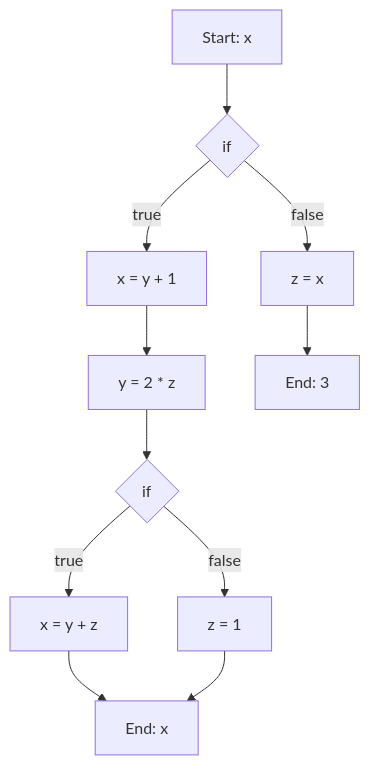
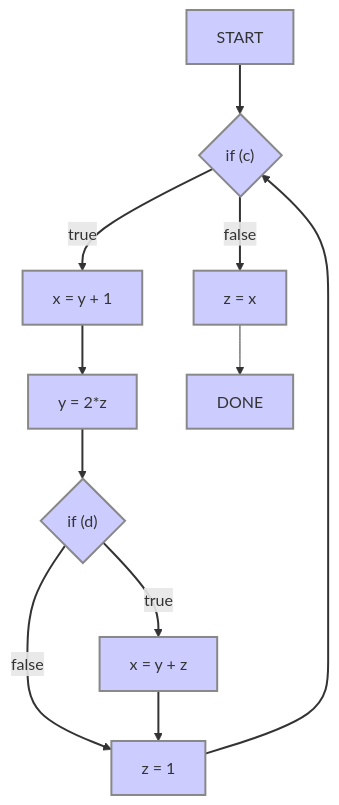
The second of 2 diagrams in Semesters/Spring 2025 Semester/CS 380C - Advanced Topics in Compilers/Dataflow Analysis/Dataflow Analysis.md (dhairs/College-Notes), drawn with Mermaid before and after one commit. The commit also changed other lines of this file and 1 other file, not shown here.

````diff
--- a/Semesters/Spring 2025 Semester/CS 380C - Advanced Topics in Compilers/Dataflow Analysis/Dataflow Analysis.md
+++ b/Semesters/Spring 2025 Semester/CS 380C - Advanced Topics in Compilers/Dataflow Analysis/Dataflow Analysis.md
@@ -24,13 +49,18 @@
 ```mermaid
 graph TD
-    A[Start: x] --> B{if}
+    A[START] --> B{if #40;c#41;}
     B -- true --> C[x = y + 1]
     B -- false --> I[z = x]
-    C --> D[y = 2 * z]
-    D --> E{if}
+    C --> D[y = 2*z]
+    D --> E{if #40;d#41;}
     E -- true --> F[x = y + z]
     E -- false --> G[z = 1]
-    F --> H[End: x]
-    G --> H
-    I --> J[End: 3]
+    F --> G
+    G --> B
+    I --> J["DONE"]
+
+    linkStyle 0,1,2,3,4,5,6,7,8 stroke-width:2px;  
+
+    classDef highlight fill:#ccf,stroke:#888,stroke-width:2px
+    class A,B,C,D,E,F,G,H,I,J highlight
 ```
````
